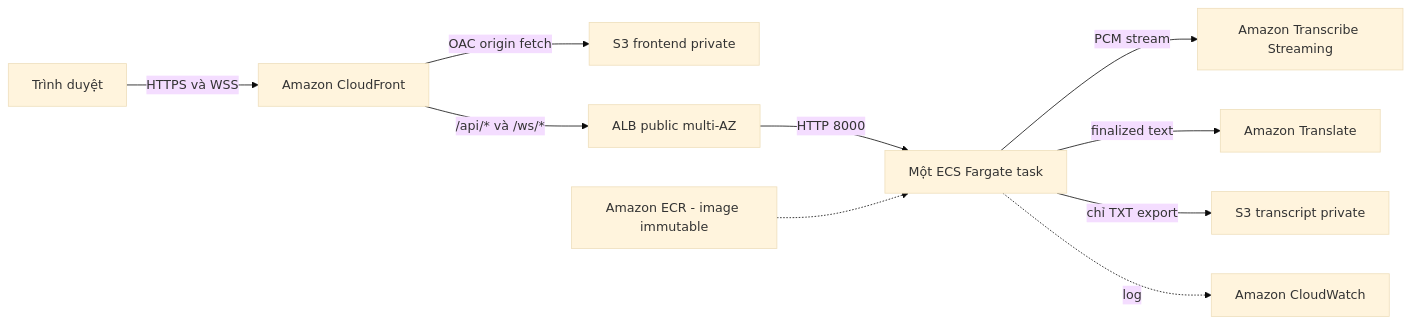
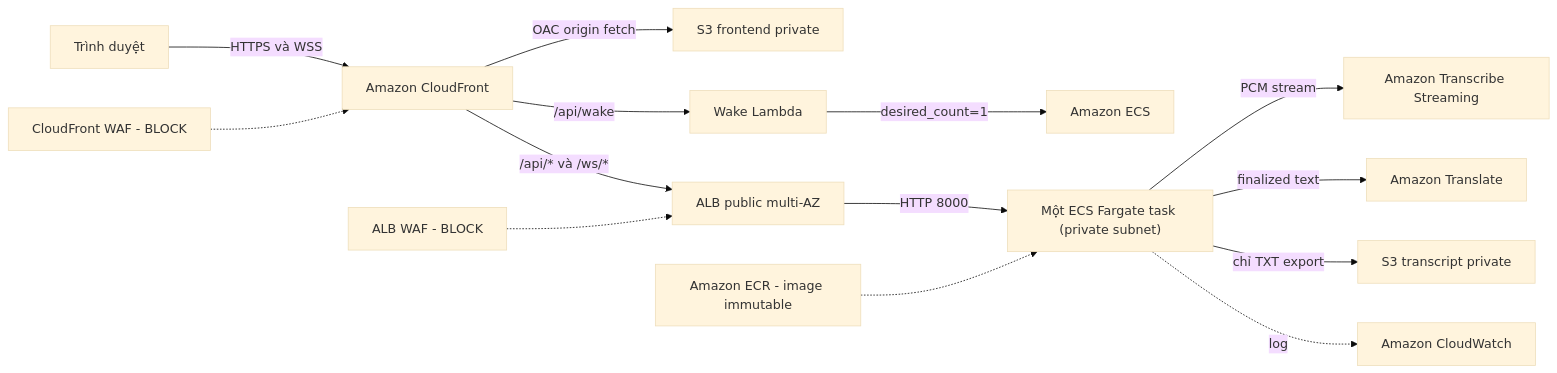
Before and after one commit to MinhTam0324/fcj-workshop-template: the diagram in content/5-Workshop/5.1-Workshop-overview/_index.vi.md, drawn with Mermaid (base theme). The commit also changed other lines of this file and 23 other files, not shown here.

````diff
--- a/content/5-Workshop/5.1-Workshop-overview/_index.vi.md
+++ b/content/5-Workshop/5.1-Workshop-overview/_index.vi.md
@@ -26,12 +63,16 @@
 ```mermaid
 flowchart LR
   Browser["Trình duyệt"] -->|HTTPS và WSS| CF["Amazon CloudFront"]
+  WAF["CloudFront WAF - BLOCK"] -.-> CF
   CF -->|OAC origin fetch| Frontend["S3 frontend private"]
+  CF -->|/api/wake| Wake["Wake Lambda"]
+  Wake -->|desired_count=1| ECS["Amazon ECS"]
   CF -->|/api/* và /ws/*| ALB["ALB public multi-AZ"]
-  ALB -->|HTTP 8000| Task["Một ECS Fargate task"]
+  ALBWAF["ALB WAF - BLOCK"] -.-> ALB
+  ALB -->|HTTP 8000| Task["Một ECS Fargate task (private subnet)"]
   ECR["Amazon ECR - image immutable"] -.-> Task
   Task -->|PCM stream| Transcribe["Amazon Transcribe Streaming"]
   Task -->|finalized text| Translate["Amazon Translate"]
   Task -->|chỉ TXT export| Transcript["S3 transcript private"]
   Task -.->|log| CW["Amazon CloudWatch"]
 ```
````
